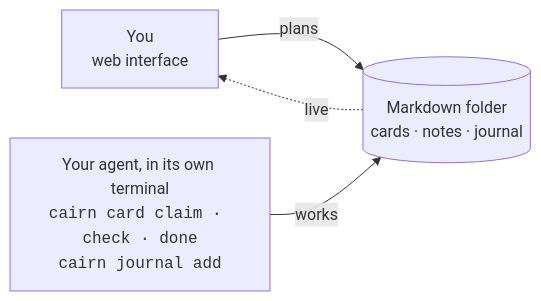
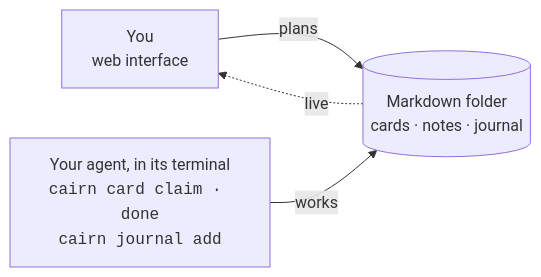
The diagram in README.md (Zenginby/cairnboard), drawn with Mermaid before and after one commit. The commit also changed 1 other file, not shown here.

Commit message:
docs: keep README diagram lines within 120 characters

````diff
--- a/README.md
+++ b/README.md
@@ -39,9 +39,9 @@
 ```mermaid
 flowchart LR
     you["You<br/>web interface"]
     data[("Markdown folder<br/>cards · notes · journal")]
-    agent["Your agent, in its own terminal<br/><code>cairn card claim · check · done</code><br/><code>cairn journal add</code>"]
+    agent["Your agent, in its terminal<br/><code>cairn card claim · done</code><br/><code>cairn journal add</code>"]
     you -->|plans| data
     data -.->|live| you
     agent -->|works| data
 ```
````
